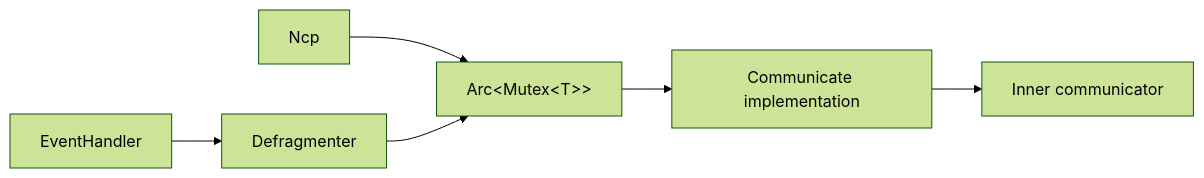
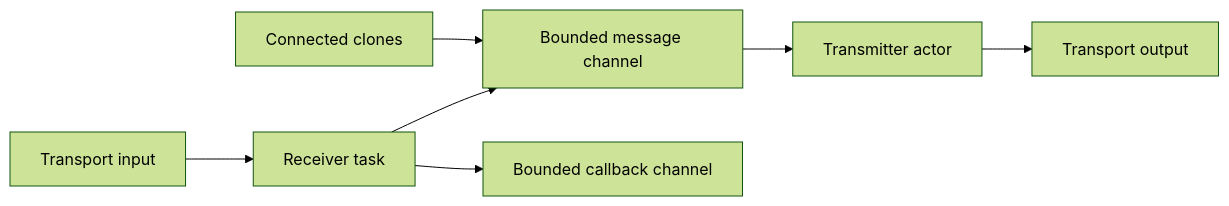
The second of 7 diagrams in ARCHITECTURE.md (PaulmannLighting/ezsp), drawn with Mermaid (forest theme) before and after one commit. The commit also changed other lines of this file and 37 other files, not shown here.

````diff
--- a/ARCHITECTURE.md
+++ b/ARCHITECTURE.md
@@ -106,8 +93,9 @@
 ```mermaid
 flowchart LR
-    ncp[Ncp] --> shared[Arc&lt;Mutex&lt;T&gt;&gt;]
-    eventHandler[EventHandler] --> defragmenter[Defragmenter]
-    defragmenter --> shared
-    shared --> communicate[Communicate implementation]
-    communicate --> transport[Inner communicator]
+    handles[Connected clones] --> inbox[Bounded message channel]
+    inbox --> transmitter[Transmitter actor]
+    transmitter --> outbound[Transport output]
+    inbound[Transport input] --> receiver[Receiver task]
+    receiver --> inbox
+    receiver --> callbackQueue[Bounded callback channel]
 ```
````
